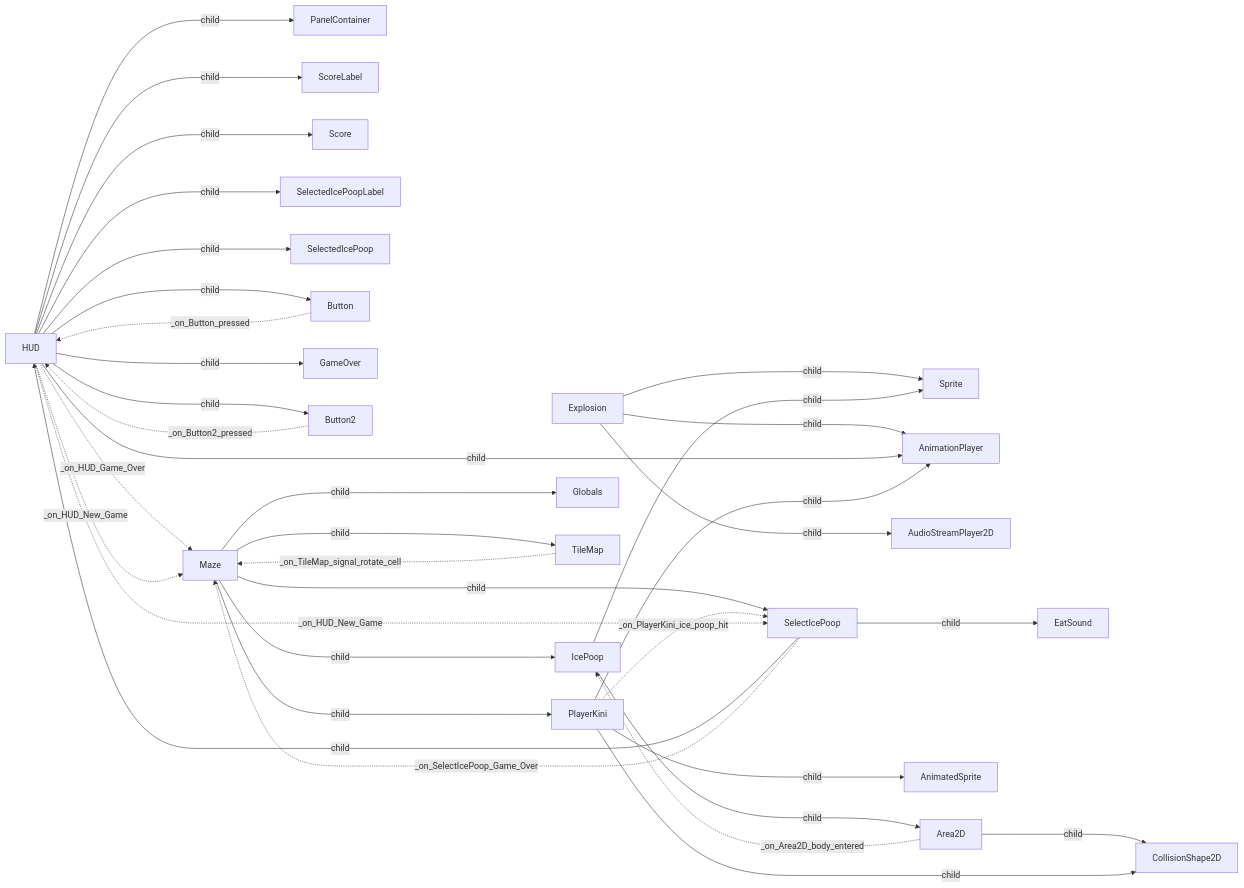
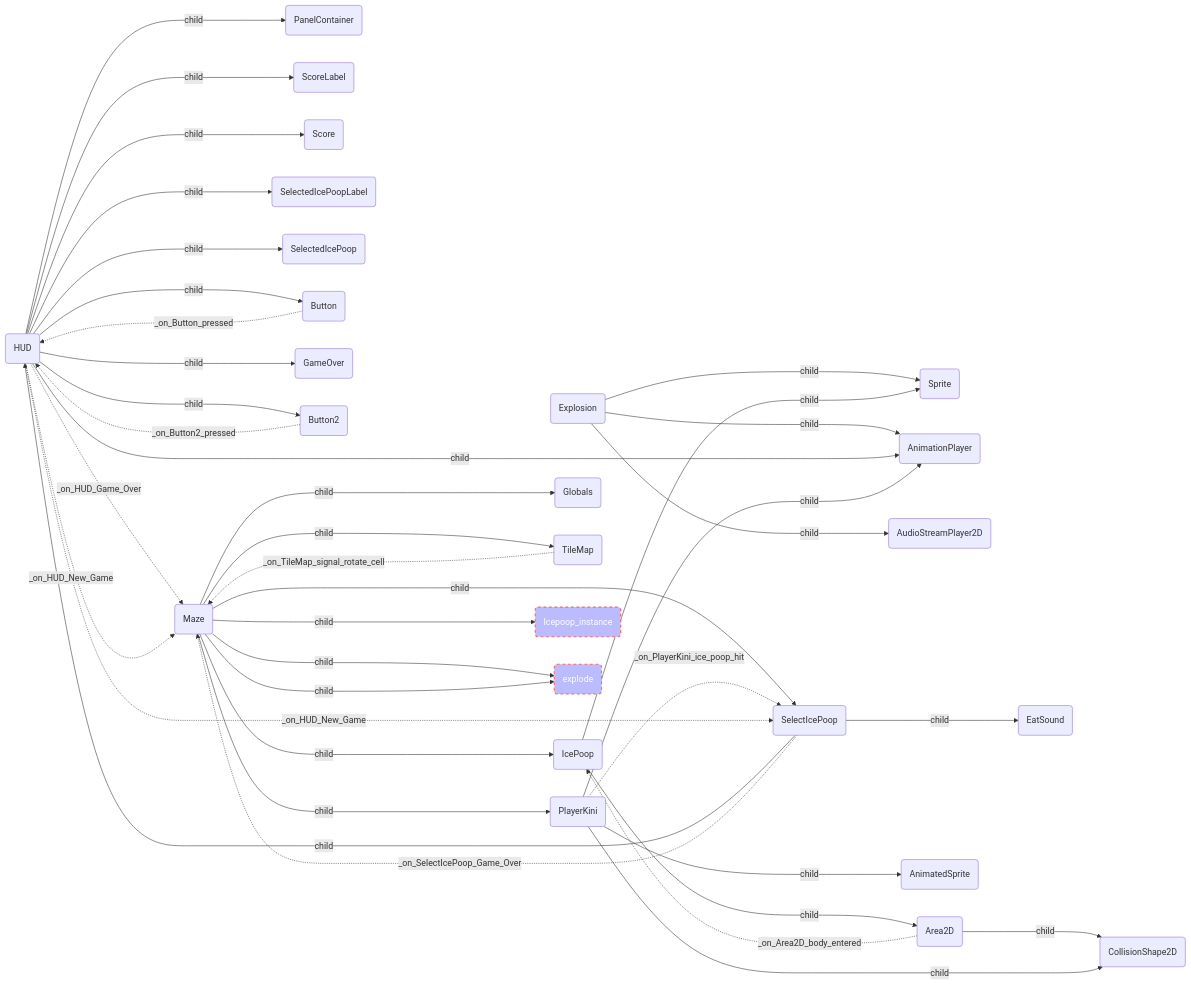
The diagram in ModelDocumentation.md (arsany007/BollyTheMalt), drawn with Mermaid before and after one commit. The commit also changed 1 other file, not shown here.

Commit message:
Add dynamic node info and style it diffrently + cleanup

````diff
--- a/ModelDocumentation.md
+++ b/ModelDocumentation.md
@@ -3,38 +3,78 @@
 ```mermaid 
  flowchart LR 
  
-Explosion---> |child| Sprite
-Explosion---> |child| AnimationPlayer
-Explosion---> |child| AudioStreamPlayer2D
-HUD---> |child| PanelContainer
-HUD---> |child| ScoreLabel
-HUD---> |child| Score
-HUD---> |child| SelectedIcePoopLabel
-HUD---> |child| SelectedIcePoop
-HUD---> |child| Button
-HUD---> |child| GameOver
-HUD---> |child| AnimationPlayer
-HUD---> |child| Button2
-IcePoop---> |child| Sprite
-IcePoop---> |child| Area2D
-Area2D---> |child| CollisionShape2D
-Maze---> |child| Globals
-Maze---> |child| TileMap
-Maze---> |child| PlayerKini
-Maze---> |child| IcePoop
-Maze---> |child| SelectIcePoop
-SelectIcePoop---> |child| HUD
-SelectIcePoop---> |child| EatSound
-PlayerKini---> |child| AnimatedSprite
-PlayerKini---> |child| CollisionShape2D
-PlayerKini---> |child| AnimationPlayer
-Button-.-> |_on_Button_pressed| HUD
-Button2-.-> |_on_Button2_pressed| HUD
-Area2D-.-> |_on_Area2D_body_entered| IcePoop
-TileMap-.-> |_on_TileMap_signal_rotate_cell| Maze
-PlayerKini-.-> |_on_PlayerKini_ice_poop_hit| SelectIcePoop
-SelectIcePoop-.-> |_on_SelectIcePoop_Game_Over| Maze
-HUD-.-> |_on_HUD_Game_Over| Maze
-HUD-.-> |_on_HUD_New_Game| Maze
-HUD-.-> |_on_HUD_New_Game| SelectIcePoop
+Explosion(Explosion)---> |child| Sprite(Sprite)
+
+Explosion(Explosion)---> |child| AnimationPlayer(AnimationPlayer)
+
+Explosion(Explosion)---> |child| AudioStreamPlayer2D(AudioStreamPlayer2D)
+
+HUD(HUD)---> |child| PanelContainer(PanelContainer)
+
+HUD(HUD)---> |child| ScoreLabel(ScoreLabel)
+
+HUD(HUD)---> |child| Score(Score)
+
+HUD(HUD)---> |child| SelectedIcePoopLabel(SelectedIcePoopLabel)
+
+HUD(HUD)---> |child| SelectedIcePoop(SelectedIcePoop)
+
+HUD(HUD)---> |child| Button(Button)
+
+HUD(HUD)---> |child| GameOver(GameOver)
+
+HUD(HUD)---> |child| AnimationPlayer(AnimationPlayer)
+
+HUD(HUD)---> |child| Button2(Button2)
+
+IcePoop(IcePoop)---> |child| Sprite(Sprite)
+
+IcePoop(IcePoop)---> |child| Area2D(Area2D)
+
+Area2D(Area2D)---> |child| CollisionShape2D(CollisionShape2D)
+
+Maze(Maze)---> |child| Globals(Globals)
+
+Maze(Maze)---> |child| TileMap(TileMap)
+
+Maze(Maze)---> |child| PlayerKini(PlayerKini)
+
+Maze(Maze)---> |child| IcePoop(IcePoop)
+
+Maze(Maze)---> |child| SelectIcePoop(SelectIcePoop)
+
+SelectIcePoop(SelectIcePoop)---> |child| HUD(HUD)
+
+SelectIcePoop(SelectIcePoop)---> |child| EatSound(EatSound)
+
+PlayerKini(PlayerKini)---> |child| AnimatedSprite(AnimatedSprite)
+
+PlayerKini(PlayerKini)---> |child| CollisionShape2D(CollisionShape2D)
+
+PlayerKini(PlayerKini)---> |child| AnimationPlayer(AnimationPlayer)
+
+Maze(Maze)---> |child| Icepoop_instance(Icepoop_instance)
+style Icepoop_instance fill:#bbf,stroke:#f66,stroke-width:2px,color:#fff,stroke-dasharray: 5 5
+Maze(Maze)---> |child| explode(explode)
+style explode fill:#bbf,stroke:#f66,stroke-width:2px,color:#fff,stroke-dasharray: 5 5
+Maze(Maze)---> |child| explode(explode)
+style explode fill:#bbf,stroke:#f66,stroke-width:2px,color:#fff,stroke-dasharray: 5 5
+Button(Button)-.-> |_on_Button_pressed| HUD(HUD)
+
+Button2(Button2)-.-> |_on_Button2_pressed| HUD(HUD)
+
+Area2D(Area2D)-.-> |_on_Area2D_body_entered| IcePoop(IcePoop)
+
+TileMap(TileMap)-.-> |_on_TileMap_signal_rotate_cell| Maze(Maze)
+
+PlayerKini(PlayerKini)-.-> |_on_PlayerKini_ice_poop_hit| SelectIcePoop(SelectIcePoop)
+
+SelectIcePoop(SelectIcePoop)-.-> |_on_SelectIcePoop_Game_Over| Maze(Maze)
+
+HUD(HUD)-.-> |_on_HUD_Game_Over| Maze(Maze)
+
+HUD(HUD)-.-> |_on_HUD_New_Game| Maze(Maze)
+
+HUD(HUD)-.-> |_on_HUD_New_Game| SelectIcePoop(SelectIcePoop)
+
 ```
````
